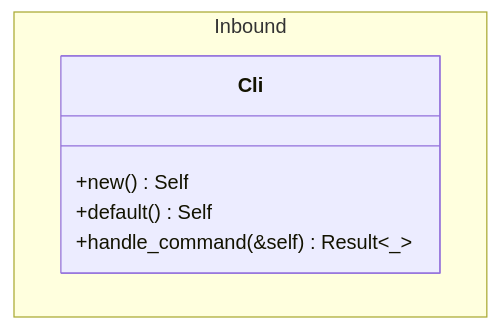
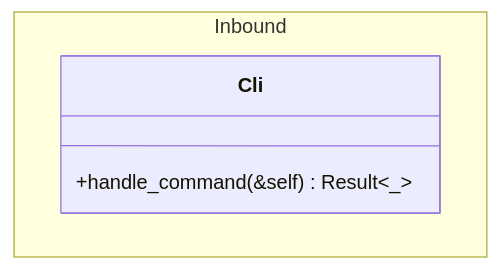
One commit to rvnkcode/dawn changed the diagram in docs/class.md. Above: the diagram before and after it, drawn with Mermaid. The commit also changed 2 other files, not shown here.

Commit message:
Removed unnecessary `new()`, `default()` methods from `Cli` struct
refs: #4

````diff
--- a/docs/class.md
+++ b/docs/class.md
@@ -5,10 +5,8 @@
 ```mermaid
 classDiagram
   namespace Inbound {
     class Cli {
-      +new() Self
-      +default() Self
       +handle_command(&self) Result~_~
     }
   }
 ```
````
